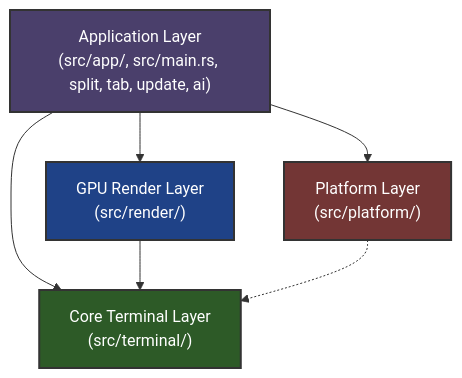
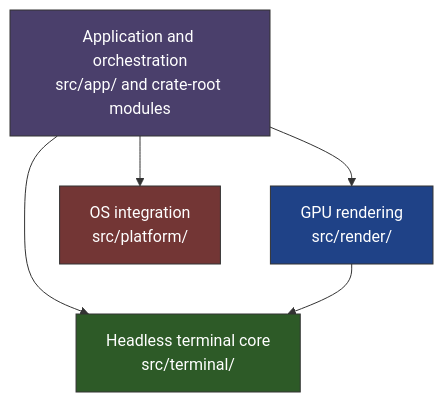
One commit to Matrix-I/litty-terminal changed the diagram in docs/plans/0.7.4.md. Above: the diagram before and after it, drawn with Mermaid. The commit also changed other lines of this file and 1 other file, not shown here.

````diff
--- a/docs/plans/0.7.4.md
+++ b/docs/plans/0.7.4.md
@@ -15,18 +26,17 @@
 ```mermaid
 graph TD
-    App["Application Layer\n(src/app/, src/main.rs, split, tab, update, ai)"]
-    Render["GPU Render Layer\n(src/render/)"]
-    Platform["Platform Layer\n(src/platform/)"]
-    Terminal["Core Terminal Layer\n(src/terminal/)"]
+    App["Application and orchestration<br/>src/app/ and crate-root modules"]
+    Render["GPU rendering<br/>src/render/"]
+    Platform["OS integration<br/>src/platform/"]
+    Terminal["Headless terminal core<br/>src/terminal/"]
 
     App --> Render
     App --> Platform
     App --> Terminal
     Render --> Terminal
-    Platform -.-> Terminal
 
-    style Terminal fill:#2d5a27,stroke:#333,stroke-width:2px,color:#fff
-    style Render fill:#1f4287,stroke:#333,stroke-width:2px,color:#fff
-    style Platform fill:#733635,stroke:#333,stroke-width:2px,color:#fff
-    style App fill:#4a3f6b,stroke:#333,stroke-width:2px,color:#fff
+    style App fill:#4a3f6b,stroke:#333,color:#fff
+    style Render fill:#1f4287,stroke:#333,color:#fff
+    style Platform fill:#733635,stroke:#333,color:#fff
+    style Terminal fill:#2d5a27,stroke:#333,color:#fff
 ```
````
